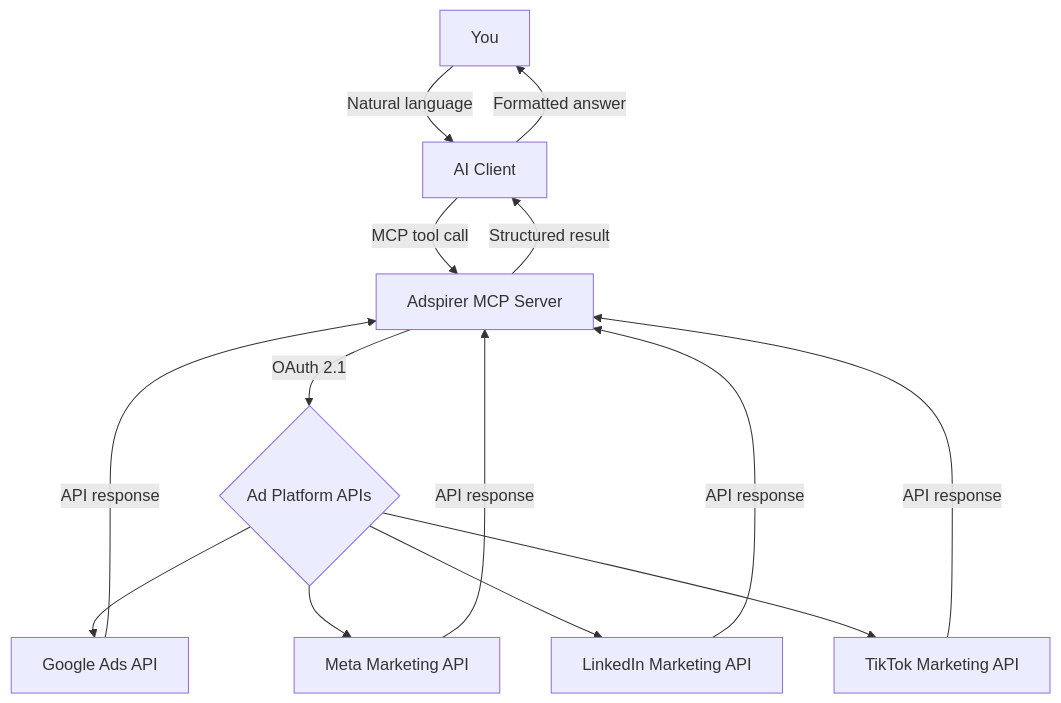
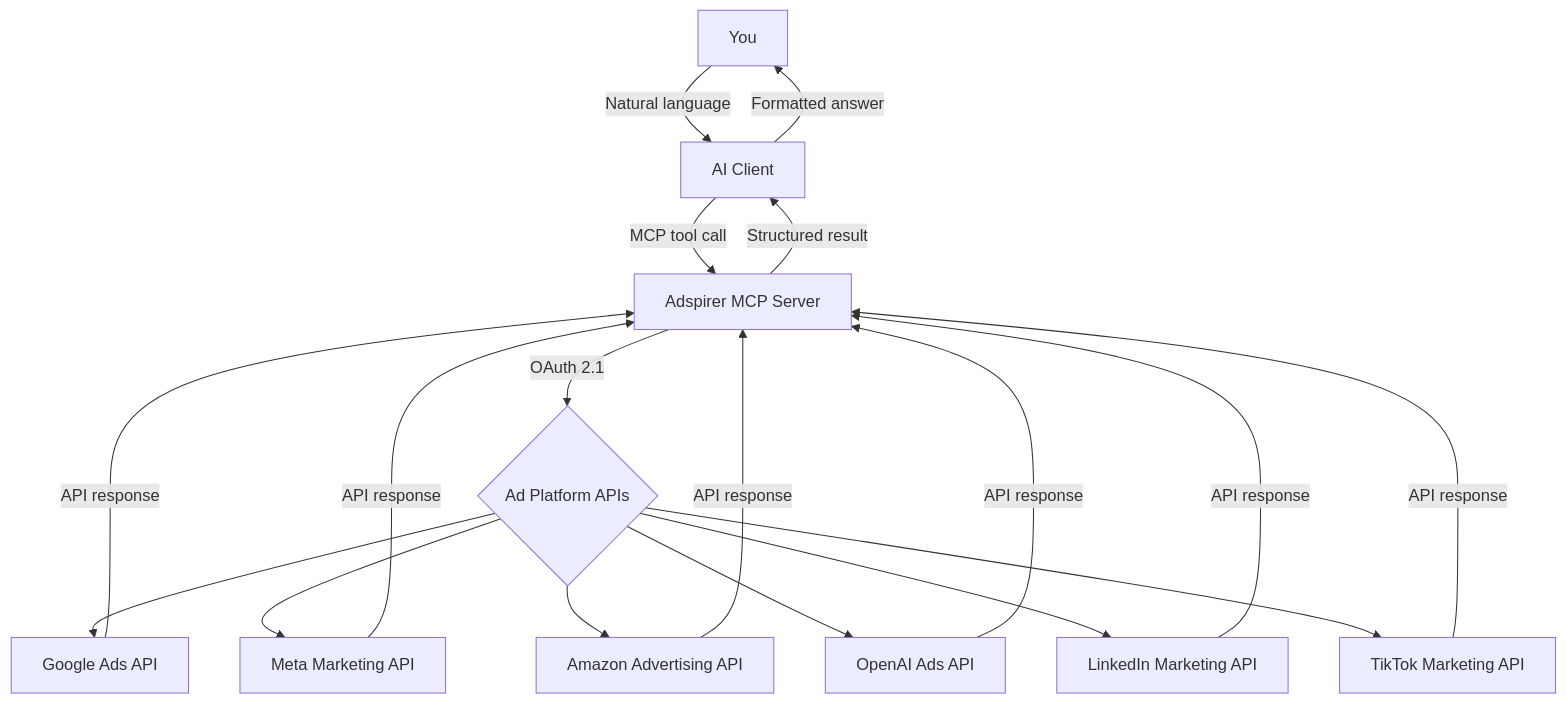
One commit to Adspirer/docs changed the first of 2 diagrams in how-it-works.mdx. Above: the diagram before and after it, drawn with Mermaid. The commit also changed other lines of this file and 44 other files, not shown here.

````diff
--- a/how-it-works.mdx
+++ b/how-it-works.mdx
@@ -12,13 +12,15 @@
 ```mermaid
 flowchart TD
     A[You] -->|Natural language| B[AI Client]
     B -->|MCP tool call| C[Adspirer MCP Server]
     C -->|OAuth 2.1| D{Ad Platform APIs}
     D --> E[Google Ads API]
     D --> F[Meta Marketing API]
-    D --> G[LinkedIn Marketing API]
-    D --> H[TikTok Marketing API]
-    E & F & G & H -->|API response| C
+    D --> G[Amazon Advertising API]
+    D --> H[OpenAI Ads API]
+    D --> I[LinkedIn Marketing API]
+    D --> J[TikTok Marketing API]
+    E & F & G & H & I & J -->|API response| C
     C -->|Structured result| B
     B -->|Formatted answer| A
 ```
````
